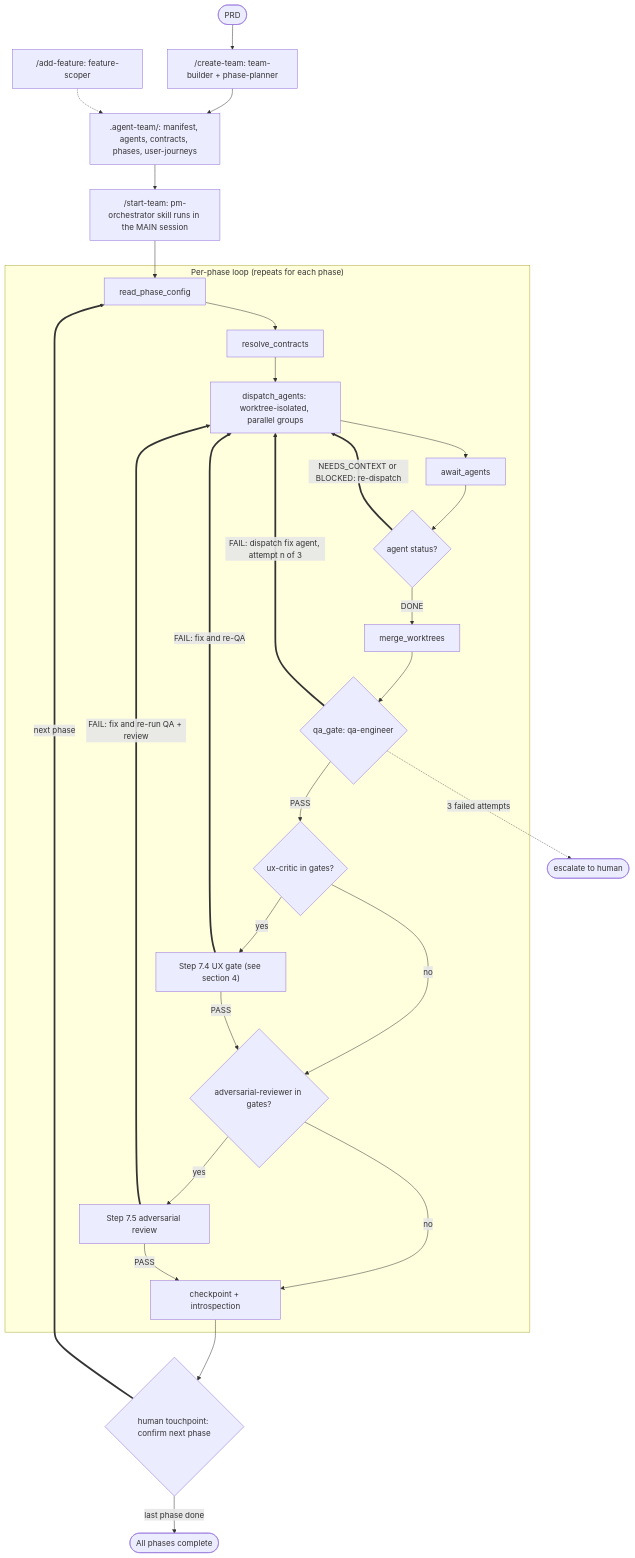
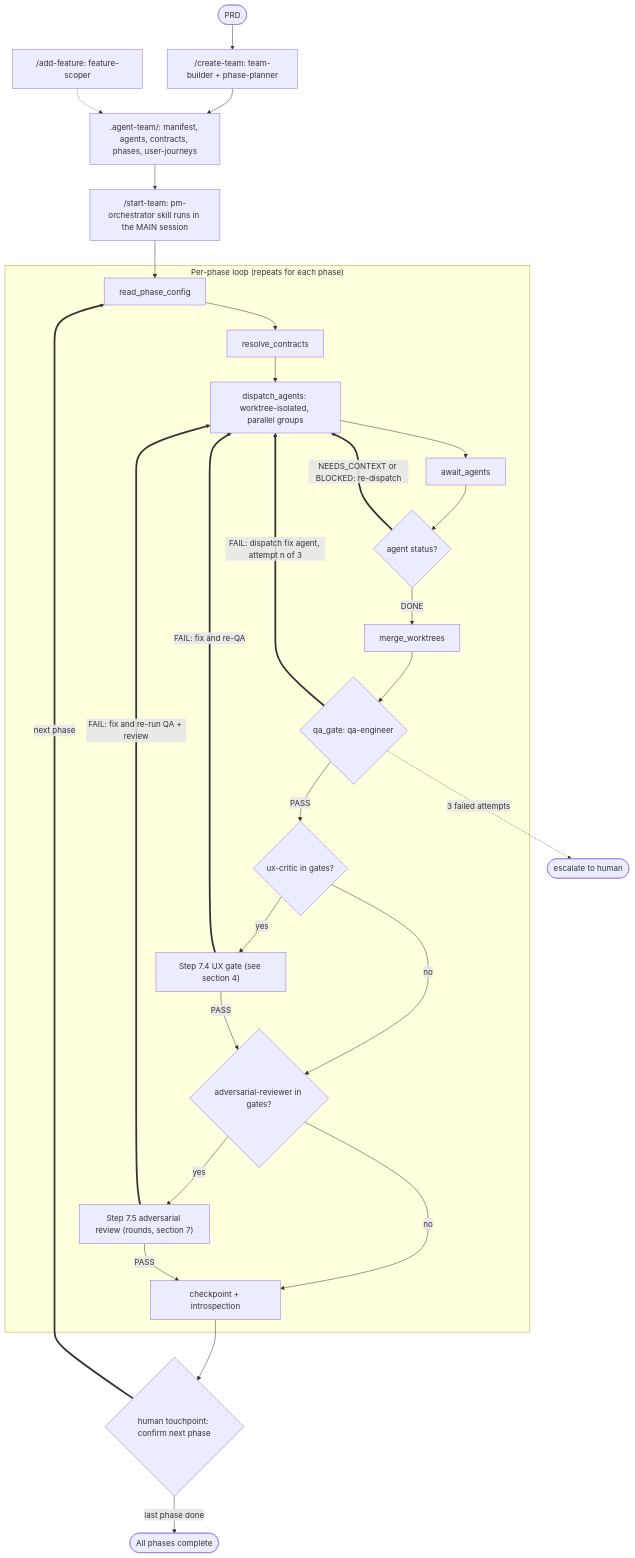
The first of 7 diagrams in docs/workflow.md (jesusr-db/agent_team), drawn with Mermaid before and after one commit. The commit also changed other lines of this file and 10 other files, not shown here.

````diff
--- a/docs/workflow.md
+++ b/docs/workflow.md
@@ -7,33 +7,33 @@
 ```mermaid
 flowchart TD
     PRD(["PRD"]) --> CT["/create-team: team-builder + phase-planner"]
     CT --> CFG[".agent-team/: manifest, agents, contracts, phases, user-journeys"]
     CFG --> ST["/start-team: pm-orchestrator skill runs in the MAIN session"]
     ADD["/add-feature: feature-scoper"] -.-> CFG
     ST --> S1
 
     subgraph PHASE["Per-phase loop (repeats for each phase)"]
         S1["read_phase_config"] --> S2["resolve_contracts"]
         S2 --> S3["dispatch_agents: worktree-isolated, parallel groups"]
         S3 --> S4["await_agents"]
         S4 --> S5{"agent status?"}
         S5 ==>|"NEEDS_CONTEXT or BLOCKED: re-dispatch"| S3
         S5 -->|"DONE"| S6["merge_worktrees"]
         S6 --> S7{"qa_gate: qa-engineer"}
         S7 ==>|"FAIL: dispatch fix agent, attempt n of 3"| S3
         S7 -->|"PASS"| S74{"ux-critic in gates?"}
         S74 -->|"yes"| UXG["Step 7.4 UX gate (see section 4)"]
         S74 -->|"no"| S75
         UXG ==>|"FAIL: fix and re-QA"| S3
         UXG -->|"PASS"| S75{"adversarial-reviewer in gates?"}
-        S75 -->|"yes"| ADV["Step 7.5 adversarial review"]
+        S75 -->|"yes"| ADV["Step 7.5 adversarial review (rounds, section 7)"]
         S75 -->|"no"| CP
         ADV ==>|"FAIL: fix and re-run QA + review"| S3
         ADV -->|"PASS"| CP["checkpoint + introspection"]
     end
 
     CP --> HT{"human touchpoint: confirm next phase"}
     HT ==>|"next phase"| S1
     HT -->|"last phase done"| DONE(["All phases complete"])
     S7 -.->|"3 failed attempts"| ESC(["escalate to human"])
 ```
````
